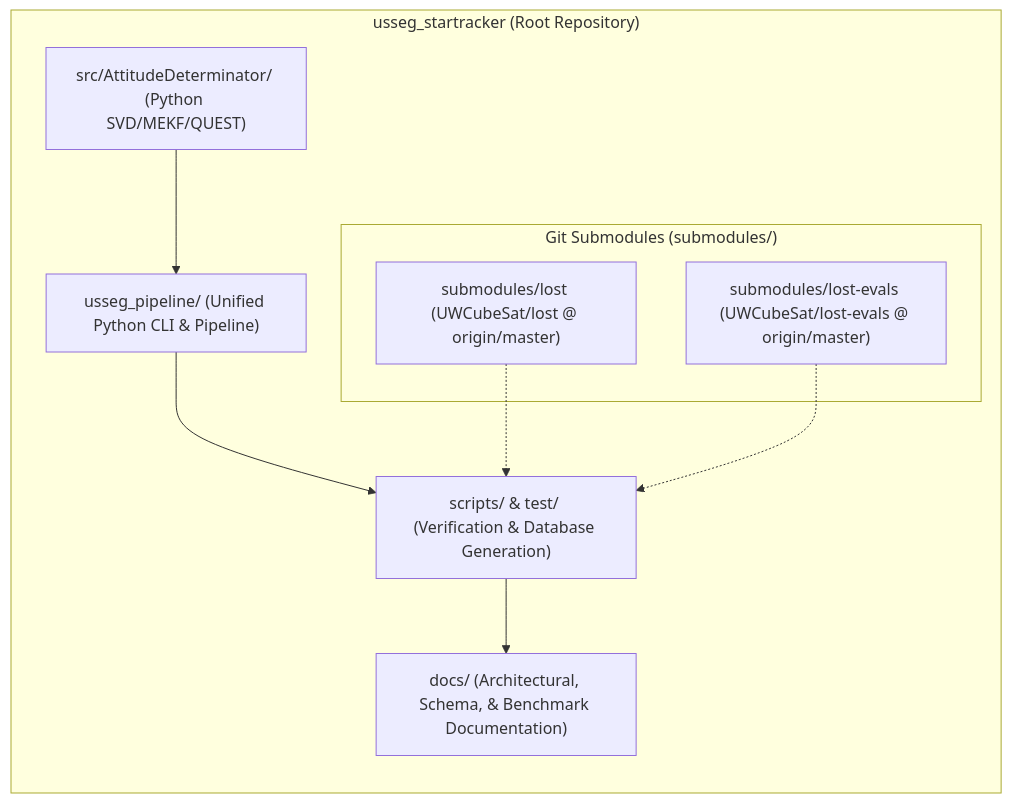
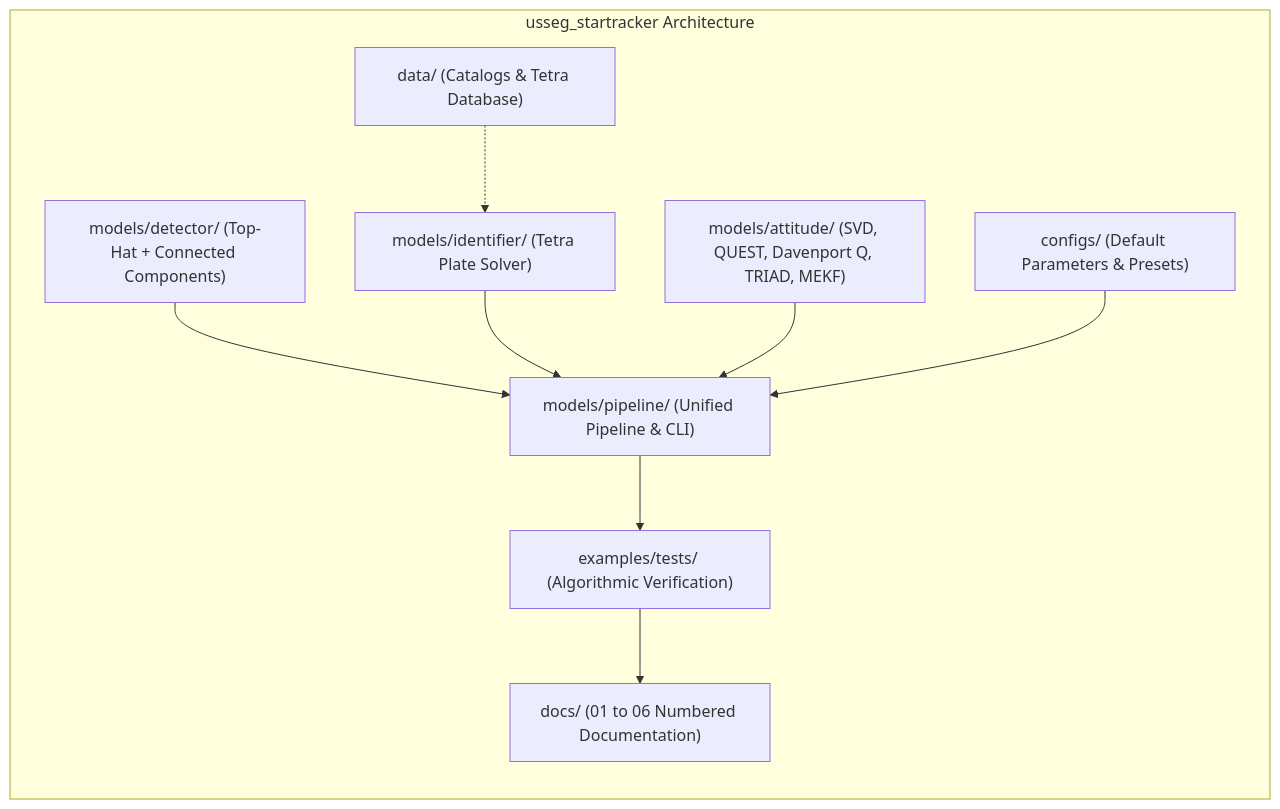
The fourth of 4 diagrams in docs/01_system_architecture.md (itschnmy/usseg_startracker), drawn with Mermaid before and after one commit. The commit also changed other lines of this file and 2 other files, not shown here.

Commit message:
fix: resolve mermaid syntax errors (angle brackets, cylinder syntax, and sequence brackets) across docs

````diff
--- a/docs/01_system_architecture.md
+++ b/docs/01_system_architecture.md
@@ -162,21 +162,22 @@
 ```mermaid
 flowchart TD
-    subgraph Repo["usseg_startracker (Root Repository)"]
+    subgraph Repo["usseg_startracker Architecture"]
         direction TB
-        CORE["src/AttitudeDeterminator/ (Python SVD/MEKF/QUEST)"]
-        PIPE["usseg_pipeline/ (Unified Python CLI & Pipeline)"]
-        DOCS["docs/ (Architectural, Schema, & Benchmark Documentation)"]
-        BENCH["scripts/ & test/ (Verification & Database Generation)"]
-        
-        subgraph Submodules["Git Submodules (submodules/)"]
-            SUB_LOST["submodules/lost (UWCubeSat/lost @ origin/master)"]
-            SUB_EVALS["submodules/lost-evals (UWCubeSat/lost-evals @ origin/master)"]
-        end
+        CORE["models/attitude/ (SVD, QUEST, Davenport Q, TRIAD, MEKF)"]
+        DET["models/detector/ (Top-Hat + Connected Components)"]
+        ID["models/identifier/ (Tetra Plate Solver)"]
+        PIPE["models/pipeline/ (Unified Pipeline & CLI)"]
+        CONFIG["configs/ (Default Parameters & Presets)"]
+        DATA["data/ (Catalogs & Tetra Database)"]
+        DOCS["docs/ (01 to 06 Numbered Documentation)"]
+        TESTS["examples/tests/ (Algorithmic Verification)"]
     end
 
+    DET --> PIPE
+    ID --> PIPE
     CORE --> PIPE
-    PIPE --> BENCH
-    SUB_LOST -.-> BENCH
-    SUB_EVALS -.-> BENCH
-    BENCH --> DOCS
+    CONFIG --> PIPE
+    DATA -.-> ID
+    PIPE --> TESTS
+    TESTS --> DOCS
 ```
````
